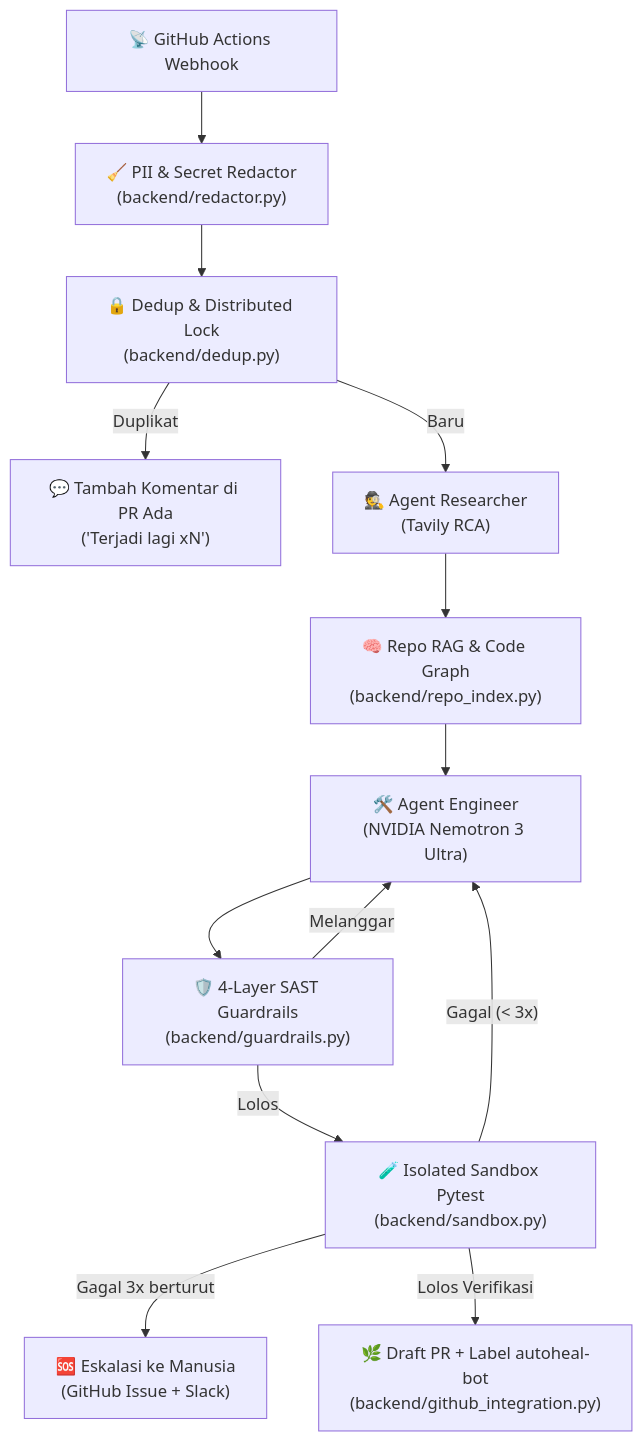
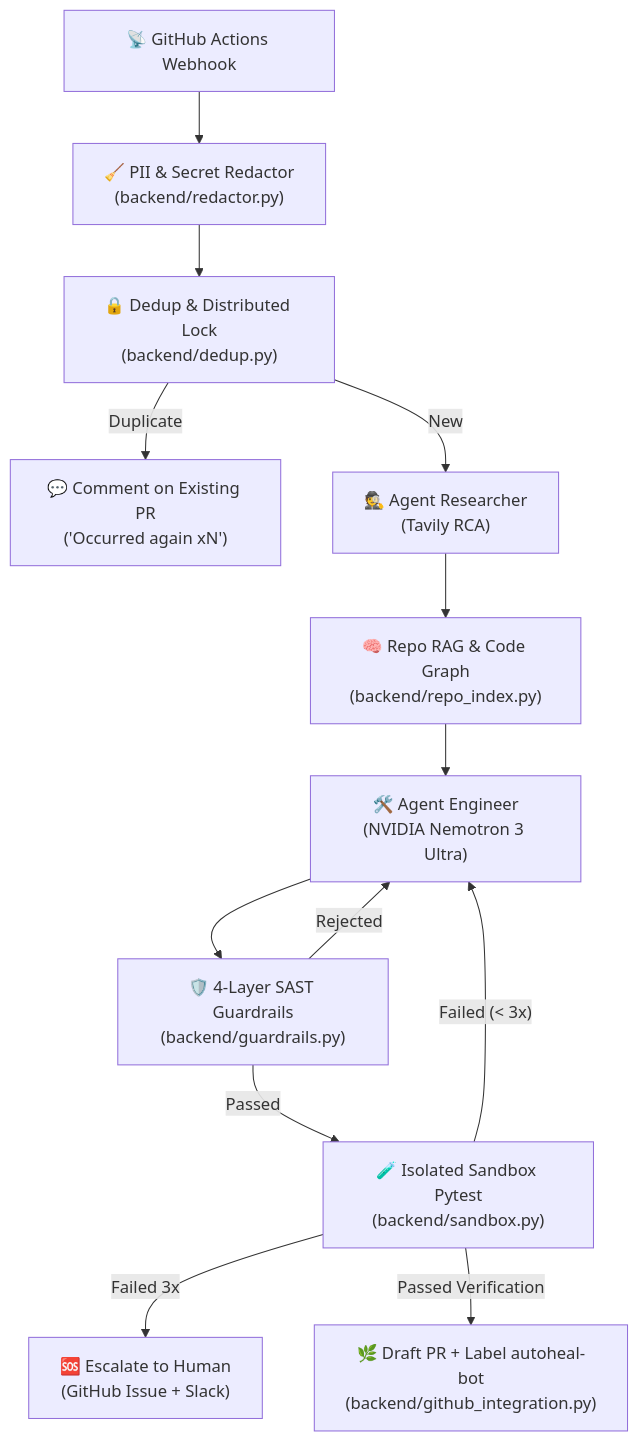
The diagram in README.md (Althaf2406/autoheal-agent), drawn with Mermaid before and after one commit. The commit also changed other lines of this file, not shown here.

````diff
--- a/README.md
+++ b/README.md
@@ -13,15 +13,15 @@
 ```mermaid
 flowchart TD
     A["📡 GitHub Actions Webhook"] --> B["🧹 PII & Secret Redactor\n(backend/redactor.py)"]
     B --> C["🔒 Dedup & Distributed Lock\n(backend/dedup.py)"]
-    C -->|"Duplikat"| C2["💬 Tambah Komentar di PR Ada\n('Terjadi lagi xN')"]
-    C -->|"Baru"| D["🕵️ Agent Researcher\n(Tavily RCA)"]
+    C -->|"Duplicate"| C2["💬 Comment on Existing PR\n('Occurred again xN')"]
+    C -->|"New"| D["🕵️ Agent Researcher\n(Tavily RCA)"]
     D --> E["🧠 Repo RAG & Code Graph\n(backend/repo_index.py)"]
     E --> F["🛠️ Agent Engineer\n(NVIDIA Nemotron 3 Ultra)"]
     F --> G["🛡️ 4-Layer SAST Guardrails\n(backend/guardrails.py)"]
-    G -->|"Melanggar"| F
-    G -->|"Lolos"| H["🧪 Isolated Sandbox Pytest\n(backend/sandbox.py)"]
-    H -->|"Gagal (< 3x)"| F
-    H -->|"Gagal 3x berturut"| I["🆘 Eskalasi ke Manusia\n(GitHub Issue + Slack)"]
-    H -->|"Lolos Verifikasi"| J["🌿 Draft PR + Label autoheal-bot\n(backend/github_integration.py)"]
+    G -->|"Rejected"| F
+    G -->|"Passed"| H["🧪 Isolated Sandbox Pytest\n(backend/sandbox.py)"]
+    H -->|"Failed (< 3x)"| F
+    H -->|"Failed 3x"| I["🆘 Escalate to Human\n(GitHub Issue + Slack)"]
+    H -->|"Passed Verification"| J["🌿 Draft PR + Label autoheal-bot\n(backend/github_integration.py)"]
 ```
````
